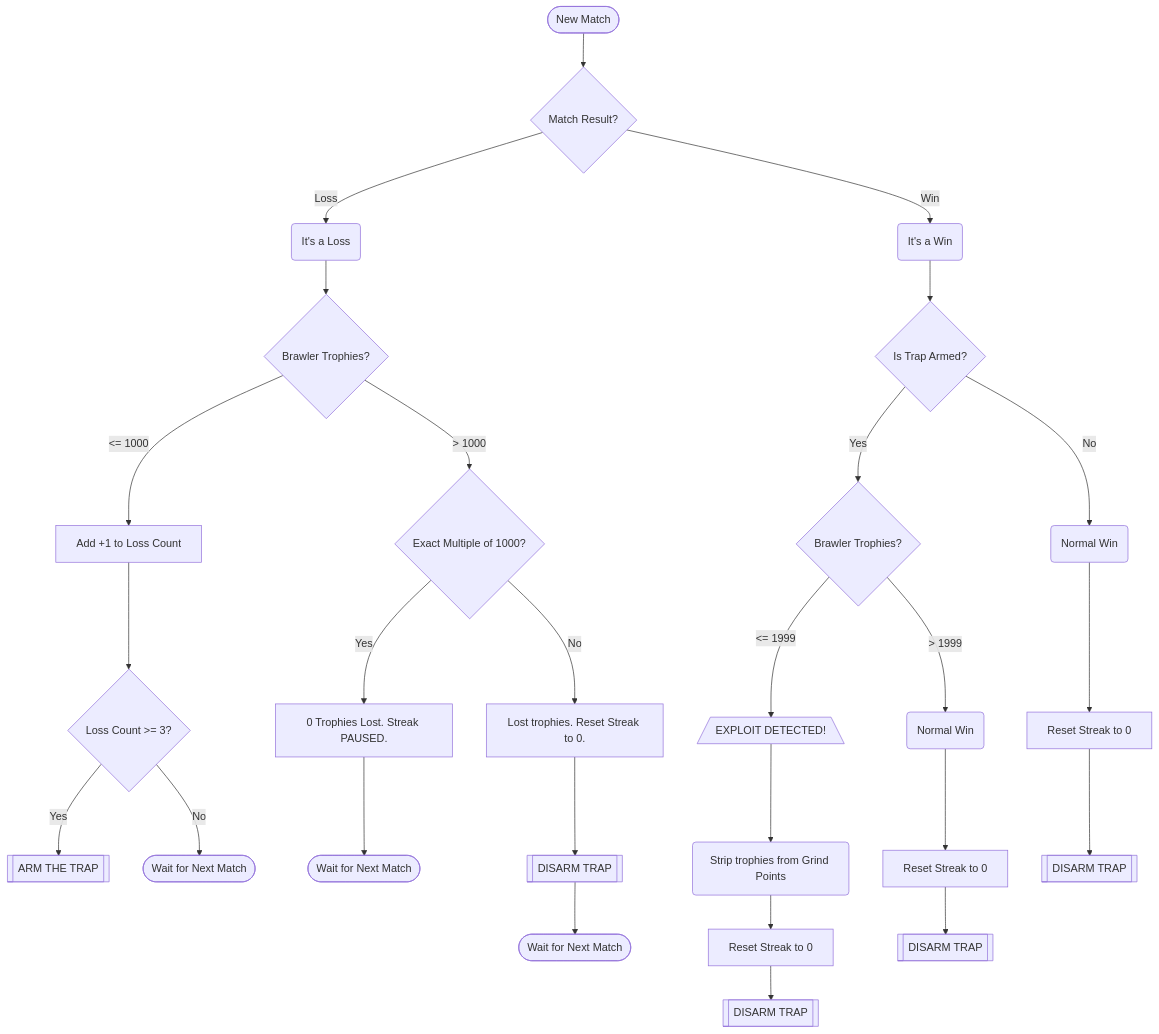
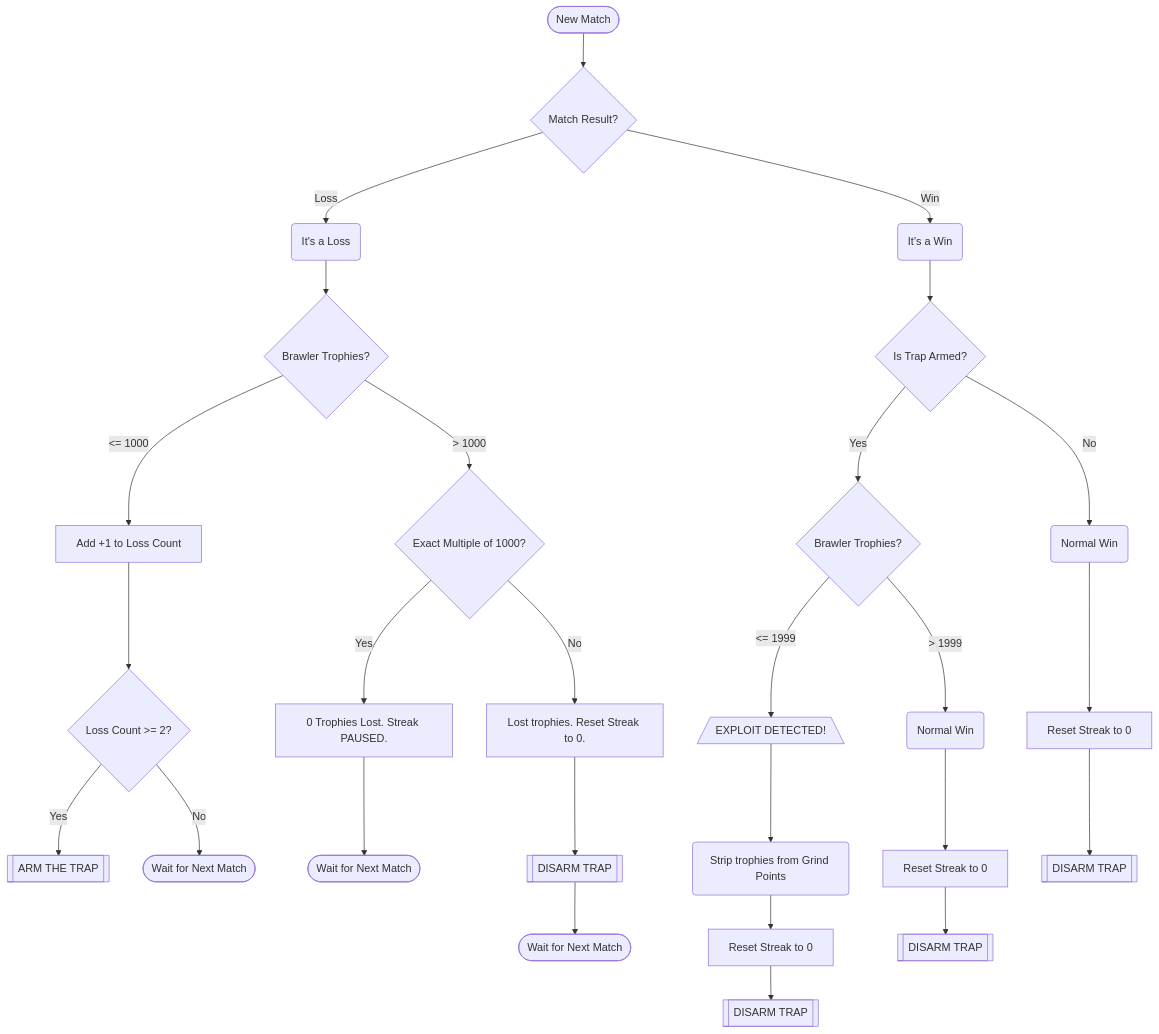
The diagram in bot_logic.mmd (xtra514/pixelshade), drawn with Mermaid before and after one commit. The commit also changed 36 other files, not shown here.

```diff
--- a/bot_logic.mmd
+++ b/bot_logic.mmd
@@ -1,34 +1,34 @@
 flowchart TD
     Start([New Match]) --> IsWinOrLoss{Match Result?}
     
     IsWinOrLoss -- Loss --> IsLoss(It's a Loss)
     IsLoss --> TrophyCheckLoss{Brawler Trophies?}
     
     TrophyCheckLoss -- "<= 1000" --> IncStreak[Add +1 to Loss Count]
-    IncStreak --> CheckStreak{Loss Count >= 3?}
+    IncStreak --> CheckStreak{Loss Count >= 2?}
     CheckStreak -- "Yes" --> ArmTrap[[ARM THE TRAP]]
     CheckStreak -- "No" --> Wait1([Wait for Next Match])
     
     TrophyCheckLoss -- "> 1000" --> IsPrestigeFloor{Exact Multiple of 1000?}
     IsPrestigeFloor -- "Yes" --> FloorHit[0 Trophies Lost. Streak PAUSED.]
     FloorHit --> WaitFloor([Wait for Next Match])
     IsPrestigeFloor -- "No" --> ResetAll[Lost trophies. Reset Streak to 0.]
     ResetAll --> DisarmTrap[[DISARM TRAP]]
     DisarmTrap --> Wait2([Wait for Next Match])
     
     IsWinOrLoss -- Win --> IsWin(It's a Win)
     IsWin --> CheckTrap{Is Trap Armed?}
     
     CheckTrap -- "Yes" --> TrophyCheckWin{Brawler Trophies?}
     TrophyCheckWin -- "<= 1999" --> ExploitDetected[/EXPLOIT DETECTED!\]
     ExploitDetected --> StripTrophies(Strip trophies from Grind Points)
     StripTrophies --> ResetAll2[Reset Streak to 0]
     ResetAll2 --> DisarmTrap2[[DISARM TRAP]]
     
     TrophyCheckWin -- "> 1999" --> NormalWin2(Normal Win)
     NormalWin2 --> ResetAll3[Reset Streak to 0]
     ResetAll3 --> DisarmTrap3[[DISARM TRAP]]
 
     CheckTrap -- "No" --> NormalWin1(Normal Win)
     NormalWin1 --> ResetAll4[Reset Streak to 0]
     ResetAll4 --> DisarmTrap4[[DISARM TRAP]]
```
